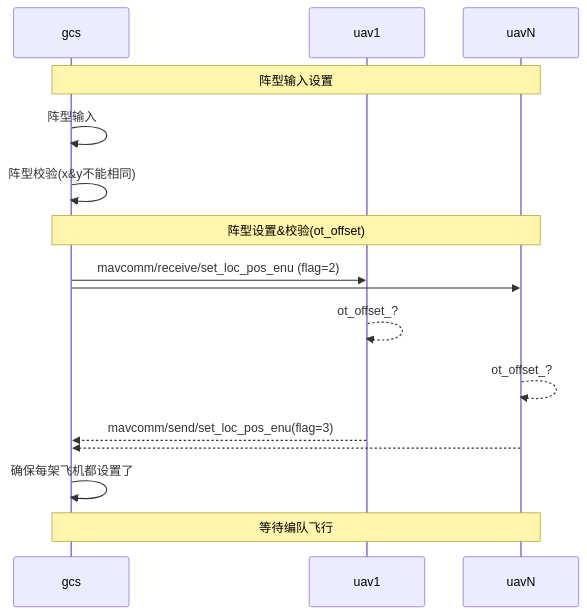
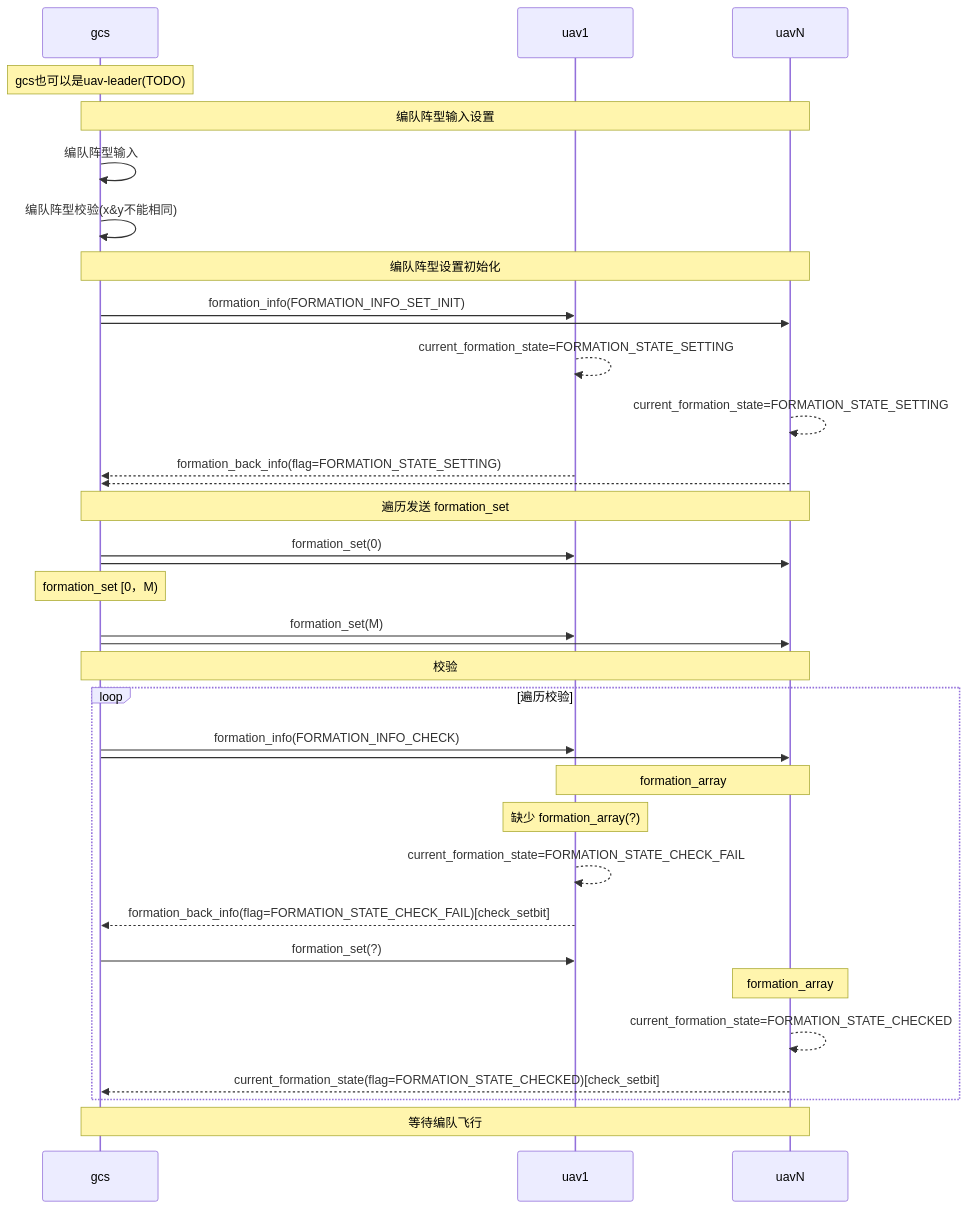
One commit to BearBoy233/cluster changed the second of 2 diagrams in mavmission/doc/formation.md. Above: the diagram before and after it, drawn with Mermaid. The commit also changed other lines of this file and 19 other files, not shown here.

````diff
--- a/mavmission/doc/formation.md
+++ b/mavmission/doc/formation.md
@@ -70,29 +71,54 @@
 ```Mermaid
 
 sequenceDiagram
 
 participant gcs
 participant uav1
 participant uavN
 
-Note over gcs, uavN : 阵型输入设置
+Note over gcs : gcs也可以是uav-leader(TODO)
 
-gcs ->> gcs : 阵型输入
-gcs ->> gcs : 阵型校验(x&y不能相同)
+Note over gcs, uavN : 编队阵型输入设置
 
-Note over gcs, uavN : 阵型设置&校验(ot_offset)
+gcs ->> gcs : 编队阵型输入
+gcs ->> gcs : 编队阵型校验(x&y不能相同)
 
-gcs ->> uav1 : mavcomm/receive/set_loc_pos_enu (flag=2)
+Note over gcs, uavN : 编队阵型设置初始化
+
+gcs ->> uav1 : formation_info(FORMATION_INFO_SET_INIT)
 gcs ->> uavN : 
 
-uav1 -->> uav1 : ot_offset_?
-uavN -->> uavN : ot_offset_?
+uav1 -->> uav1 : current_formation_state=FORMATION_STATE_SETTING
+uavN -->> uavN : current_formation_state=FORMATION_STATE_SETTING
 
-uav1 -->> gcs : mavcomm/send/set_loc_pos_enu(flag=3)
+uav1 -->> gcs : formation_back_info(flag=FORMATION_STATE_SETTING)
 uavN -->> gcs : 
 
-gcs ->> gcs : 确保每架飞机都设置了 
+Note over gcs, uavN : 遍历发送 formation_set
+
+gcs ->> uav1 : formation_set(0)
+gcs ->> uavN : 
+Note over gcs: formation_set [0，M)
+gcs ->> uav1 : formation_set(M)
+gcs ->> uavN : 
+
+Note over gcs, uavN : 校验
+
+loop 遍历校验
+    gcs->>uav1 : formation_info(FORMATION_INFO_CHECK)
+    gcs->>uavN : 
+    Note over uav1, uavN : formation_array
+    
+    Note over uav1 : 缺少 formation_array(?)
+    uav1 -->> uav1 : current_formation_state=FORMATION_STATE_CHECK_FAIL
+    uav1 -->> gcs : formation_back_info(flag=FORMATION_STATE_CHECK_FAIL)[check_setbit]
+    gcs ->> uav1 : formation_set(?)
+    
+    Note over uavN : formation_array
+    uavN -->> uavN : current_formation_state=FORMATION_STATE_CHECKED
+    uavN -->> gcs : current_formation_state(flag=FORMATION_STATE_CHECKED)[check_setbit]
+end
 
 Note over gcs, uavN : 等待编队飞行
 
 ```
````
